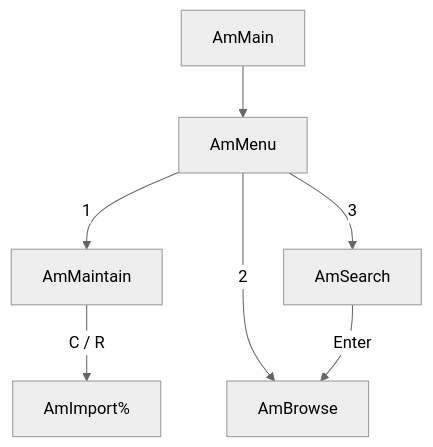
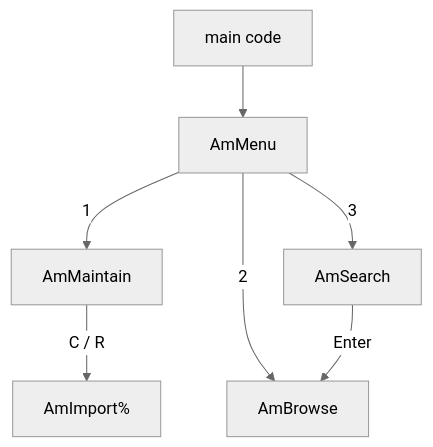
The diagram in docs/dev/almanac/Program-Structure.md (AntoniaLivia79/PicoCalcDB), drawn with Mermaid (neutral theme) before and after one commit. The commit also changed other lines of this file and 36 other files, not shown here.

````diff
--- a/docs/dev/almanac/Program-Structure.md
+++ b/docs/dev/almanac/Program-Structure.md
@@ -54,9 +59,9 @@
 ```mermaid
 flowchart TD
-    Main[AmMain] --> Menu[AmMenu]
+    Main[main code] --> Menu[AmMenu]
     Menu -->|1| Maint[AmMaintain]
     Menu -->|2| Browse[AmBrowse]
     Menu -->|3| Search[AmSearch]
     Maint -->|C / R| Import["AmImport%"]
     Search -->|Enter| Browse
 ```
````
